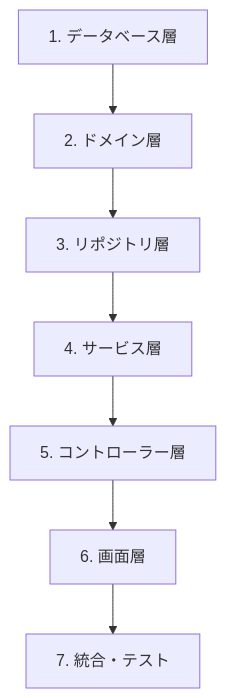
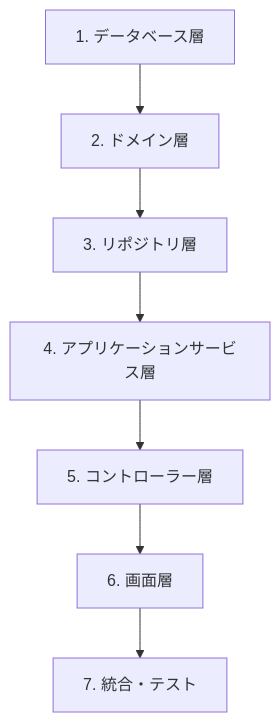
Before and after one commit to tanakari/copilot-coding-agent-guide-templates: the diagram in template-files/docs/prompts-examples.md, drawn with Mermaid. The commit also changed other lines of this file and 4 other files, not shown here.

Commit message:
アプリケーションサービスに関する用語を統一し、ドキュメント内の「サービス層」を「アプリケーションサービス層」に変更

````diff
--- a/template-files/docs/prompts-examples.md
+++ b/template-files/docs/prompts-examples.md
@@ -243,9 +243,9 @@
 ```mermaid
 graph TD
     A[1. データベース層] --> B[2. ドメイン層]
     B --> C[3. リポジトリ層]
-    C --> D[4. サービス層]
+    C --> D[4. アプリケーションサービス層]
     D --> E[5. コントローラー層]
     E --> F[6. 画面層]
     F --> G[7. 統合・テスト]
 ```
````
